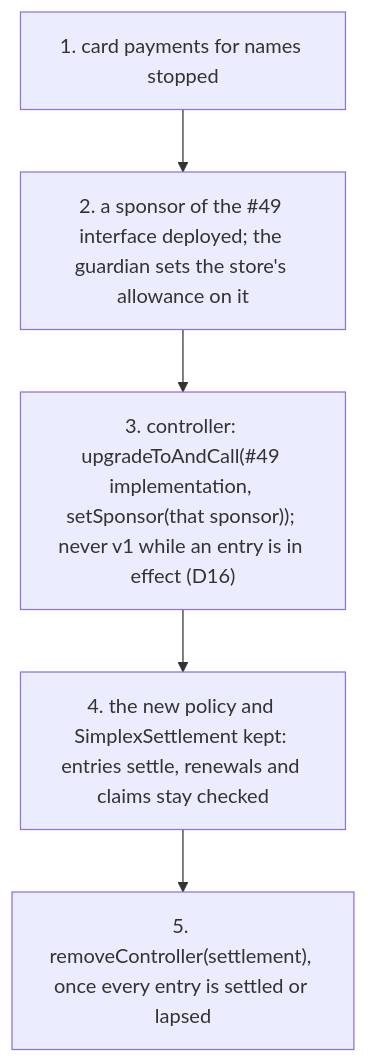
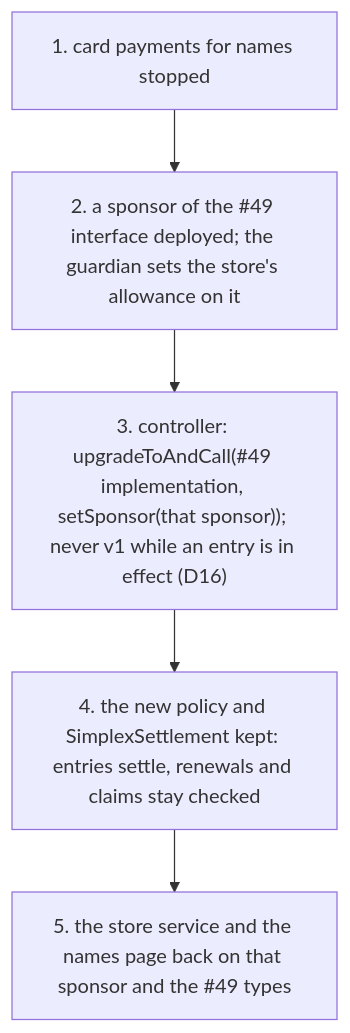
Before and after one commit to brenzi-agent/simplex-namespace-contract: the seventh of 8 diagrams in docs/plans/payment-reversal.md, drawn with Mermaid. The commit also changed other lines of this file, not shown here.

````diff
--- a/docs/plans/payment-reversal.md
+++ b/docs/plans/payment-reversal.md
@@ -491,7 +493,7 @@
 ```mermaid
 flowchart TD
   r1["1. card payments for names stopped"] --> r2["2. a sponsor of the #49 interface deployed; the guardian sets the store's allowance on it"]
   r2 --> r3["3. controller: upgradeToAndCall(#49 implementation, setSponsor(that sponsor)); never v1 while an entry is in effect (D16)"]
   r3 --> r4["4. the new policy and SimplexSettlement kept: entries settle, renewals and claims stay checked"]
-  r4 --> r5["5. removeController(settlement), once every entry is settled or lapsed"]
+  r4 --> r5["5. the store service and the names page back on that sponsor and the #49 types"]
 ```
````
